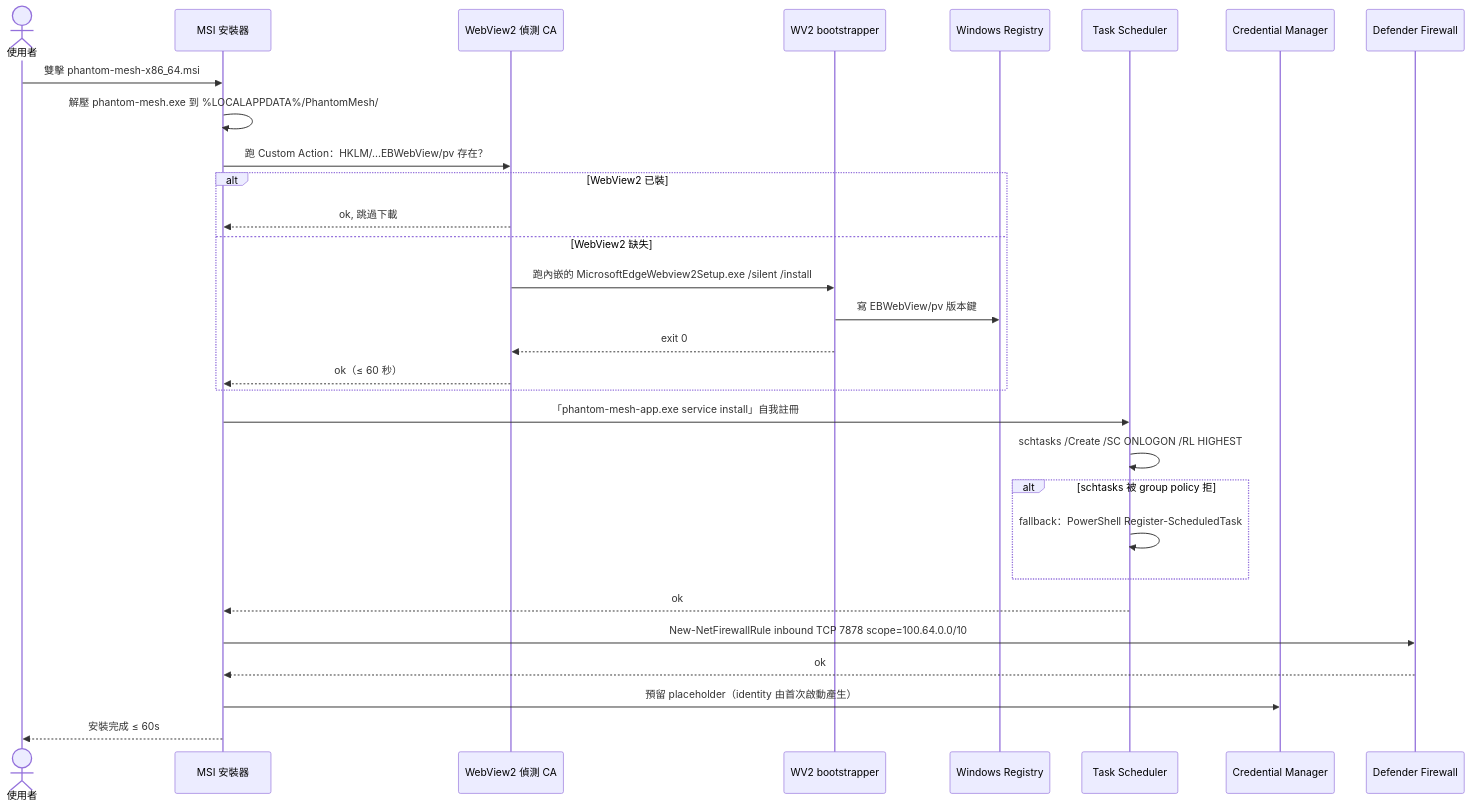
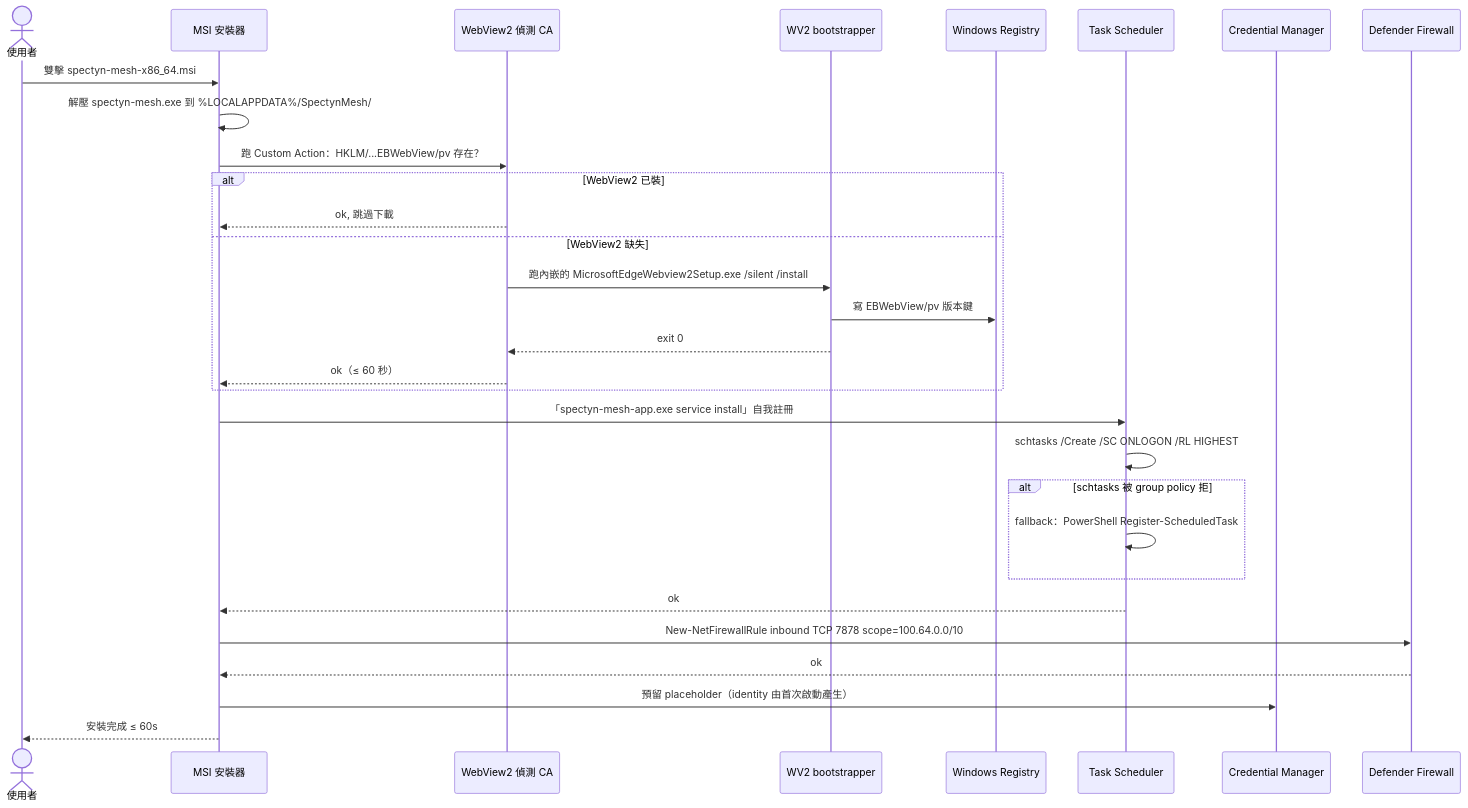
The second of 3 diagrams in docs/spec/history/2026-05-30/deferred/SPEC-42-PLATFORM-Windows-foundations.md (markl-a/phantom-mesh), drawn with Mermaid before and after one commit. The commit also changed other lines of this file and 1245 other files, not shown here.

First line of the commit message:
rename: phantom -> spectyn across the public tree

````diff
--- a/docs/spec/history/2026-05-30/deferred/SPEC-42-PLATFORM-Windows-foundations.md
+++ b/docs/spec/history/2026-05-30/deferred/SPEC-42-PLATFORM-Windows-foundations.md
@@ -256,33 +256,33 @@
 ```mermaid
 sequenceDiagram
     actor User as 使用者
     participant MSI as MSI 安裝器
     participant WV2Det as WebView2 偵測 CA
     participant WV2BS as WV2 bootstrapper
     participant Reg as Windows Registry
     participant TS as Task Scheduler
     participant CM as Credential Manager
     participant FW as Defender Firewall
 
-    User->>MSI: 雙擊 phantom-mesh-x86_64.msi
-    MSI->>MSI: 解壓 phantom-mesh.exe 到 %LOCALAPPDATA%/PhantomMesh/
+    User->>MSI: 雙擊 spectyn-mesh-x86_64.msi
+    MSI->>MSI: 解壓 spectyn-mesh.exe 到 %LOCALAPPDATA%/SpectynMesh/
     MSI->>WV2Det: 跑 Custom Action：HKLM/...EBWebView/pv 存在？
     alt WebView2 已裝
         WV2Det-->>MSI: ok, 跳過下載
     else WebView2 缺失
         WV2Det->>WV2BS: 跑內嵌的 MicrosoftEdgeWebview2Setup.exe /silent /install
         WV2BS->>Reg: 寫 EBWebView/pv 版本鍵
         WV2BS-->>WV2Det: exit 0
         WV2Det-->>MSI: ok（≤ 60 秒）
     end
-    MSI->>TS: 「phantom-mesh-app.exe service install」自我註冊
+    MSI->>TS: 「spectyn-mesh-app.exe service install」自我註冊
     TS->>TS: schtasks /Create /SC ONLOGON /RL HIGHEST
     alt schtasks 被 group policy 拒
         TS->>TS: fallback：PowerShell Register-ScheduledTask
     end
     TS-->>MSI: ok
     MSI->>FW: New-NetFirewallRule inbound TCP 7878 scope=100.64.0.0/10
     FW-->>MSI: ok
     MSI->>CM: 預留 placeholder（identity 由首次啟動產生）
     MSI-->>User: 安裝完成 ≤ 60s
 ```
````
